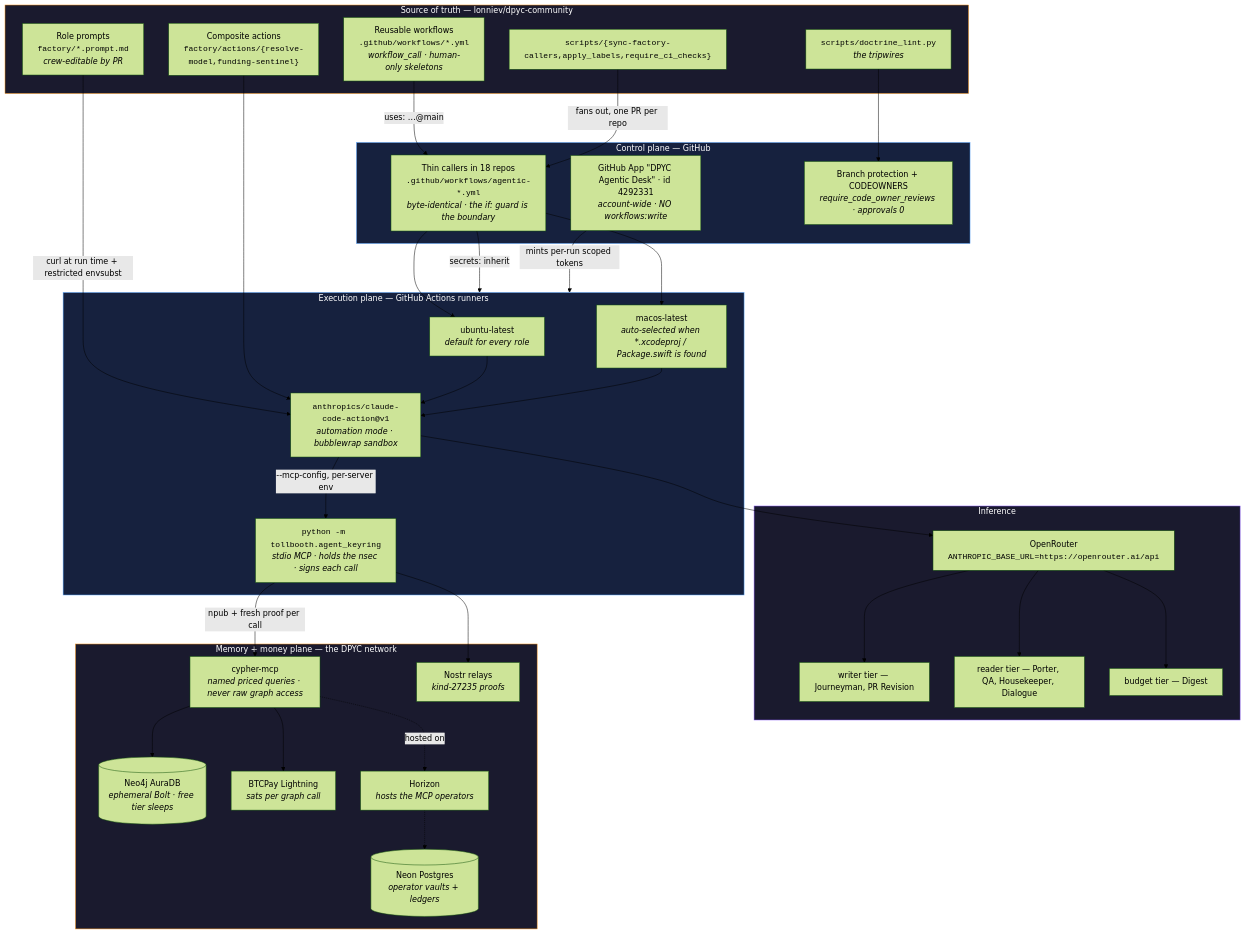
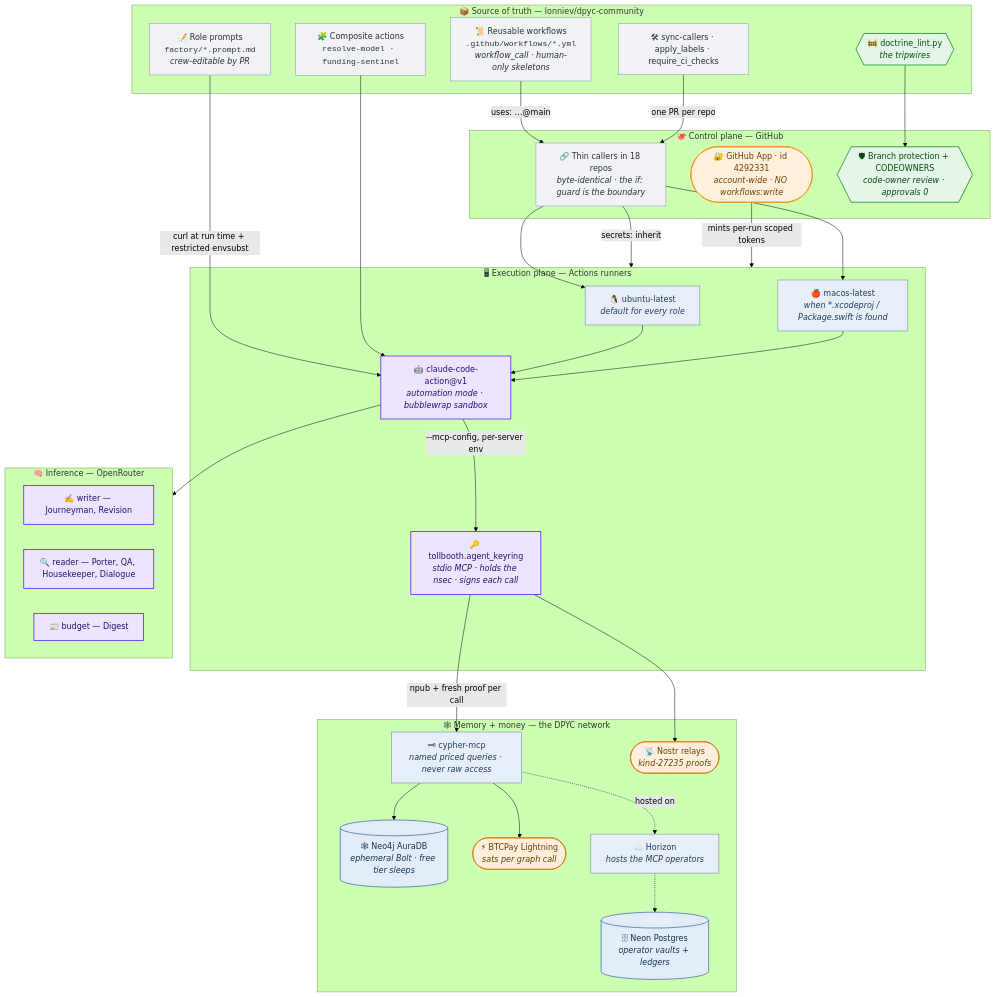
One commit to lonniev/dpyc-community changed the first of 6 diagrams in docs/model/diagrams.md. Above: the diagram before and after it, drawn with Mermaid (forest theme). The commit also changed other lines of this file and 2 other files, not shown here.

First line of the commit message:
Widen the text, unindent the headings, and give the diagrams a visual language

````diff
--- a/docs/model/diagrams.md
+++ b/docs/model/diagrams.md
@@ -17,70 +17,66 @@
 ```mermaid
 flowchart TB
-    subgraph SRC["Source of truth — lonniev/dpyc-community"]
-        RW["Reusable workflows<br/><code>.github/workflows/*.yml</code><br/><i>workflow_call · human-only skeletons</i>"]
-        PR["Role prompts<br/><code>factory/*.prompt.md</code><br/><i>crew-editable by PR</i>"]
-        CA["Composite actions<br/><code>factory/actions/{resolve-model,funding-sentinel}</code>"]
-        DL["<code>scripts/doctrine_lint.py</code><br/><i>the tripwires</i>"]
-        SC["<code>scripts/{sync-factory-callers,apply_labels,require_ci_checks}</code>"]
+    subgraph SRC["📦 Source of truth — lonniev/dpyc-community"]
+        RW["📜 Reusable workflows<br/><code>.github/workflows/*.yml</code><br/><i>workflow_call · human-only skeletons</i>"]:::src
+        PR["📝 Role prompts<br/><code>factory/*.prompt.md</code><br/><i>crew-editable by PR</i>"]:::src
+        CA["🧩 Composite actions<br/><code>resolve-model · funding-sentinel</code>"]:::src
+        DL{{"🚧 doctrine_lint.py<br/><i>the tripwires</i>"}}:::det
+        SC["🛠 sync-callers · apply_labels · require_ci_checks"]:::src
     end
 
-    subgraph CTRL["Control plane — GitHub"]
-        TC["Thin callers in 18 repos<br/><code>.github/workflows/agentic-*.yml</code><br/><i>byte-identical · the if: guard is the boundary</i>"]
-        APP["GitHub App &quot;DPYC Agentic Desk&quot; · id 4292331<br/><i>account-wide · NO workflows:write</i>"]
-        BP["Branch protection + CODEOWNERS<br/><i>require_code_owner_reviews · approvals 0</i>"]
+    subgraph CTRL["🐙 Control plane — GitHub"]
+        TC["🔗 Thin callers in 18 repos<br/><i>byte-identical · the if: guard is the boundary</i>"]:::src
+        APP(["🔐 GitHub App · id 4292331<br/><i>account-wide · NO workflows:write</i>"]):::gate
+        BP{{"🛡 Branch protection + CODEOWNERS<br/><i>code-owner review · approvals 0</i>"}}:::det
     end
 
-    subgraph EXEC["Execution plane — GitHub Actions runners"]
-        UB["ubuntu-latest<br/><i>default for every role</i>"]
-        MAC["macos-latest<br/><i>auto-selected when *.xcodeproj / Package.swift is found</i>"]
-        CCA["<code>anthropics/claude-code-action@v1</code><br/><i>automation mode · bubblewrap sandbox</i>"]
-        KR["<code>python -m tollbooth.agent_keyring</code><br/><i>stdio MCP · holds the nsec · signs each call</i>"]
+    subgraph EXEC["🖥 Execution plane — Actions runners"]
+        UB["🐧 ubuntu-latest<br/><i>default for every role</i>"]:::ext
+        MAC["🍎 macos-latest<br/><i>when *.xcodeproj / Package.swift is found</i>"]:::ext
+        CCA["🤖 claude-code-action@v1<br/><i>automation mode · bubblewrap sandbox</i>"]:::agent
+        KR["🔑 tollbooth.agent_keyring<br/><i>stdio MCP · holds the nsec · signs each call</i>"]:::agent
     end
 
-    subgraph INF["Inference"]
-        ORT["OpenRouter<br/><code>ANTHROPIC_BASE_URL=https://openrouter.ai/api</code>"]
-        W["writer tier — Journeyman, PR Revision"]
-        R["reader tier — Porter, QA, Housekeeper, Dialogue"]
-        B["budget tier — Digest"]
+    subgraph INF["🧠 Inference — OpenRouter"]
+        W["✍️ writer — Journeyman, Revision"]:::agent
+        R["🔍 reader — Porter, QA, Housekeeper, Dialogue"]:::agent
+        B["📰 budget — Digest"]:::agent
     end
 
-    subgraph MEM["Memory + money plane — the DPYC network"]
-        CY["cypher-mcp<br/><i>named priced queries · never raw graph access</i>"]
-        AU[("Neo4j AuraDB<br/><i>ephemeral Bolt · free tier sleeps</i>")]
-        LN["BTCPay Lightning<br/><i>sats per graph call</i>"]
-        NR["Nostr relays<br/><i>kind-27235 proofs</i>"]
-        HZ["Horizon<br/><i>hosts the MCP operators</i>"]
-        NE[("Neon Postgres<br/><i>operator vaults + ledgers</i>")]
+    subgraph MEM["🕸 Memory + money — the DPYC network"]
+        CY["🗝 cypher-mcp<br/><i>named priced queries · never raw access</i>"]:::ext
+        AU[("🕸 Neo4j AuraDB<br/><i>ephemeral Bolt · free tier sleeps</i>")]:::data
+        LN(["⚡ BTCPay Lightning<br/><i>sats per graph call</i>"]):::money
+        NR(["📡 Nostr relays<br/><i>kind-27235 proofs</i>"]):::money
+        HZ["☁️ Horizon<br/><i>hosts the MCP operators</i>"]:::ext
+        NE[("🗄 Neon Postgres<br/><i>operator vaults + ledgers</i>")]:::data
     end
 
     RW -->|"uses: …@main"| TC
-    SC -->|"fans out, one PR per repo"| TC
+    SC -->|"one PR per repo"| TC
     TC -->|"secrets: inherit"| EXEC
     APP -->|"mints per-run scoped tokens"| EXEC
     DL --> BP
     PR -->|"curl at run time + restricted envsubst"| CCA
     CA --> CCA
-
     TC --> UB
     TC --> MAC
     UB --> CCA
     MAC --> CCA
     CCA -->|"--mcp-config, per-server env"| KR
-    CCA --> ORT
-    ORT --> W
-    ORT --> R
-    ORT --> B
-
+    CCA --> INF
     KR -->|"npub + fresh proof per call"| CY
     CY --> AU
     CY --> LN
     KR --> NR
     CY -.hosted on.-> HZ
     HZ -.-> NE
 
-    style SRC fill:#1a1a2e,stroke:#F7931A,color:#fff
-    style CTRL fill:#16213e,stroke:#58a6ff,color:#fff
-    style EXEC fill:#16213e,stroke:#58a6ff,color:#fff
-    style INF fill:#1a1a2e,stroke:#8b5cf6,color:#fff
-    style MEM fill:#1a1a2e,stroke:#F7931A,color:#fff
+    classDef agent fill:#ede4ff,stroke:#5319e7,stroke-width:1.5px,color:#2a0d6e
+    classDef det   fill:#e2f5e6,stroke:#0e8a16,stroke-width:1.5px,color:#0a4a10
+    classDef gate  fill:#fff0dc,stroke:#f7931a,stroke-width:1.5px,color:#6b3f00
+    classDef src   fill:#f1f2f6,stroke:#8b93a7,color:#2a2f3a
+    classDef ext   fill:#e8eef7,stroke:#5b7fa6,color:#1f3a5f
+    classDef data  fill:#e3edf9,stroke:#3f6fa8,stroke-width:1.5px,color:#12324f
+    classDef money fill:#fdeedd,stroke:#d98014,stroke-width:1.5px,color:#6b3f00
 ```
````
